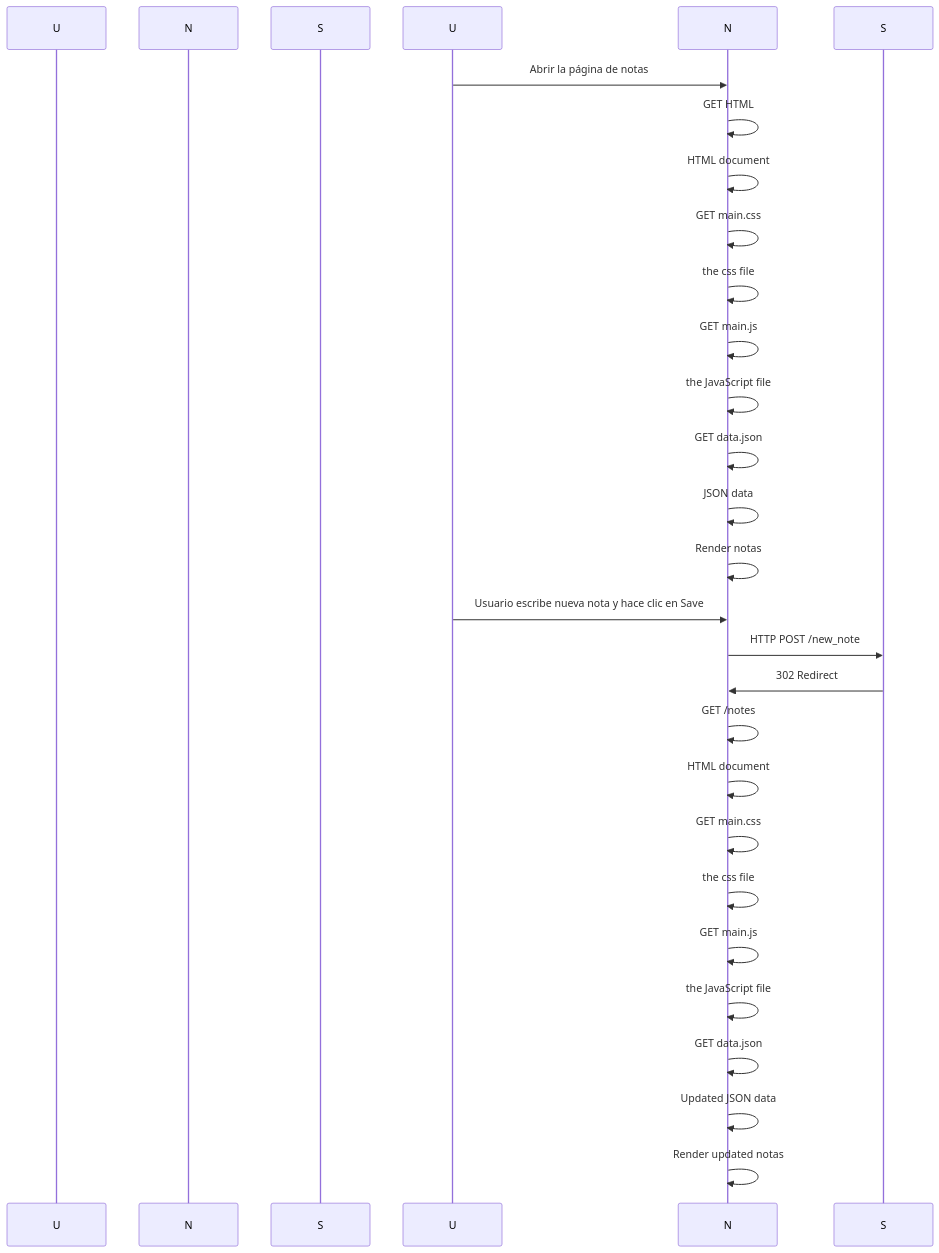
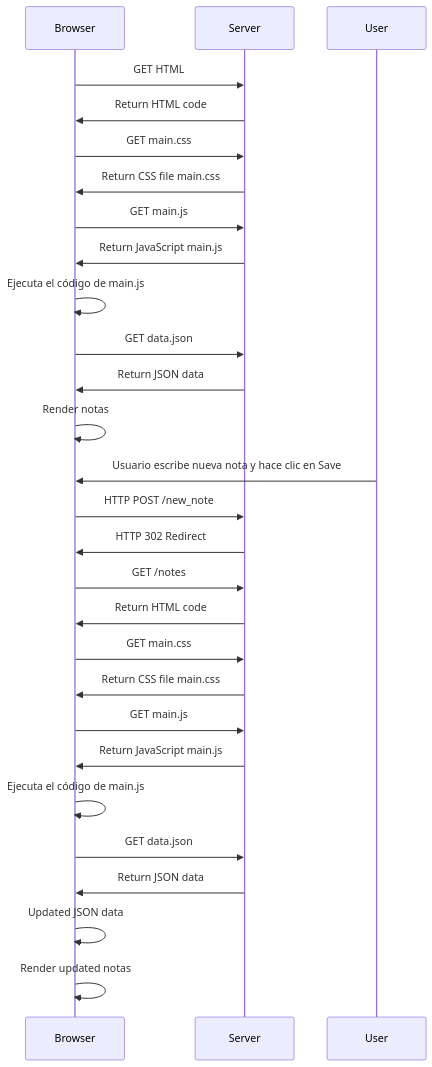
Before and after one commit to mgarciajust/fullstack-course: the diagram in secuencia.md, drawn with Mermaid.

````diff
--- a/secuencia.md
+++ b/secuencia.md
@@ -1,29 +1,27 @@
 ```mermaid
 sequenceDiagram
-    participant Usuario as U
-    participant Navegador as N
-    participant Servidor as S
-
-    U->>N: Abrir la página de notas
-    N->>N: GET HTML
-    N->>N: HTML document
-    N->>N: GET main.css
-    N->>N: the css file
-    N->>N: GET main.js
-    N->>N: the JavaScript file
-    N->>N: GET data.json
-    N->>N: JSON data
-    N->>N: Render notas
-    U->>N: Usuario escribe nueva nota y hace clic en Save
-    N->>S: HTTP POST /new_note
-    S->>N: 302 Redirect
-    N->>N: GET /notes
-    N->>N: HTML document
-    N->>N: GET main.css
-    N->>N: the css file
-    N->>N: GET main.js
-    N->>N: the JavaScript file
-    N->>N: GET data.json
-    N->>N: Updated JSON data
-    N->>N: Render updated notas
+    Browser->>Server: GET HTML
+    Server->>Browser: Return HTML code
+    Browser->>Server: GET main.css
+    Server->>Browser: Return CSS file main.css
+    Browser->>Server: GET main.js
+    Server->>Browser: Return JavaScript main.js
+    Browser->>Browser: Ejecuta el código de main.js
+    Browser->>Server: GET data.json
+    Server->>Browser: Return JSON data
+    Browser->>Browser: Render notas
+    User->>Browser: Usuario escribe nueva nota y hace clic en Save
+    Browser->>Server: HTTP POST /new_note
+    Server->>Browser: HTTP 302 Redirect
+    Browser->>Server: GET /notes
+    Server->>Browser: Return HTML code
+    Browser->>Server: GET main.css
+    Server->>Browser: Return CSS file main.css
+    Browser->>Server: GET main.js
+    Server->>Browser: Return JavaScript main.js
+    Browser->>Browser: Ejecuta el código de main.js
+    Browser->>Server: GET data.json
+    Server->>Browser: Return JSON data
+    Browser->>Browser: Updated JSON data
+    Browser->>Browser: Render updated notas
 ```
````
